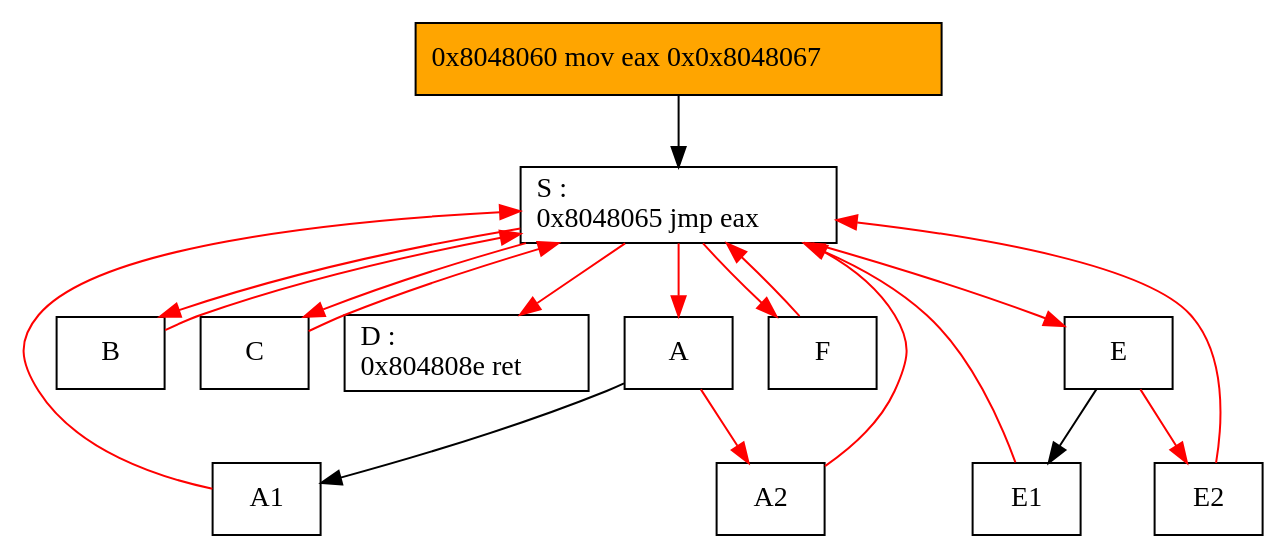
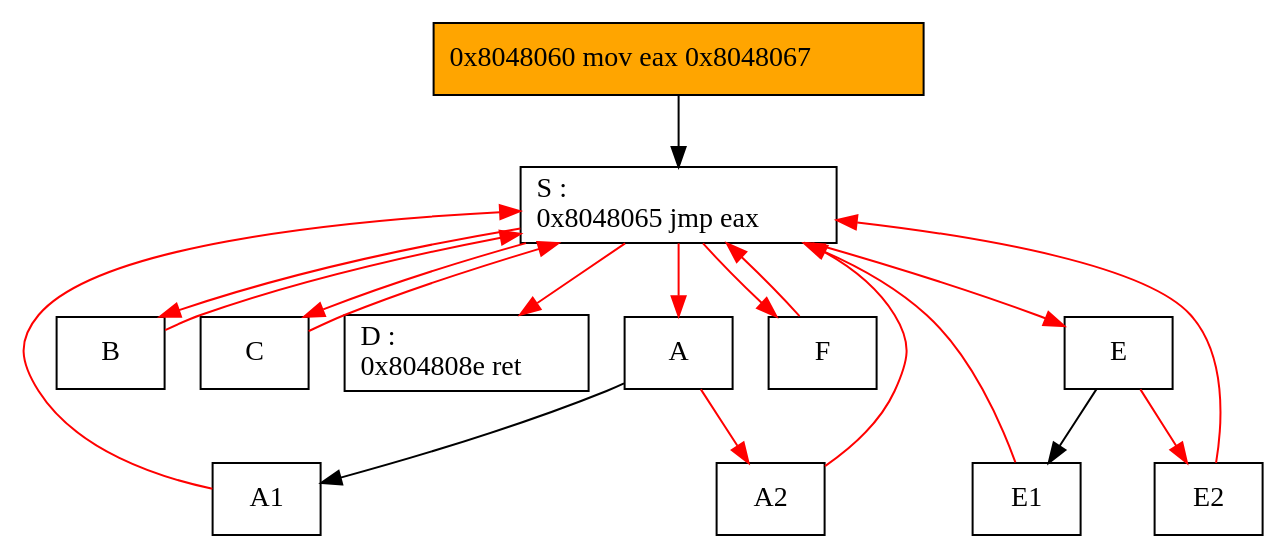
Before and after one commit to yaps8/these: the diagram in supports/applatissement/applatissement_applati_simple.dot, drawn with Graphviz. The commit also changed 4 other files, not shown here.

```diff
--- a/supports/applatissement/applatissement_applati_simple.dot
+++ b/supports/applatissement/applatissement_applati_simple.dot
@@ -1,33 +1,33 @@
 digraph G {
 fontname=cmr10;
-"ep" [labeljust=r,label="0x8048060 mov eax 0x0x8048067\l", shape=box, style="filled", fillcolor=orange]
+"ep" [labeljust=r,label="0x8048060 mov eax 0x8048067\l", shape=box, style="filled", fillcolor=orange]
 "S" [label="S :\l0x8048065 jmp eax\l", shape=box, style="filled", fillcolor=white]
 "A" [labeljust=r,label="A", shape=box, style="filled", fillcolor=white]
 "A1" [labeljust=r,label="A1", shape=box, style="filled", fillcolor=white]
 "A2" [labeljust=r,label="A2", shape=box, style="filled", fillcolor=white]
 "B" [labeljust=r,label="B", shape=box, style="filled", fillcolor=white]
 "C" [labeljust=r,label="C", shape=box, style="filled", fillcolor=white]
 "D" [label="D :\l0x804808e ret\l", shape=box, style="filled", fillcolor=white]
 "E" [labeljust=r,label="E", shape=box, style="filled", fillcolor=white]
 "E1" [labeljust=r,label="E1", shape=box, style="filled", fillcolor=white]
 "E2" [labeljust=r,label="E2", shape=box, style="filled", fillcolor=white]
 "F" [labeljust=r,label="F", shape=box, style="filled", fillcolor=white]
 "ep" -> "S" [color=black]
 "S" -> "A" [color=red]
 "A" -> "A1" [color=black]
 "A" -> "A2" [color=red]
 "S" -> "B" [color=red]
 "S" -> "C" [color=red]
 "S" -> "D" [color=red]
 "S" -> "E" [color=red]
 "E" -> "E1" [color=black]
 "E" -> "E2" [color=red]
 "S" -> "F" [color=red]
 "A1" -> "S" [color=red]
 "A2" -> "S" [color=red]
 "B" -> "S" [color=red]
 "C" -> "S" [color=red]
 "E1" -> "S" [color=red]
 "E2" -> "S" [color=red]
 "F" -> "S" [color=red]
 }
```
